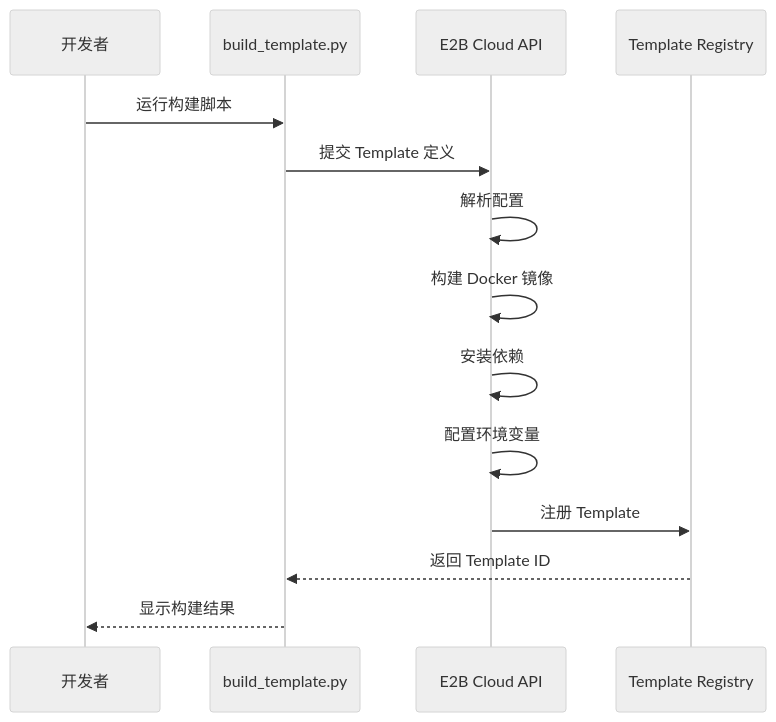
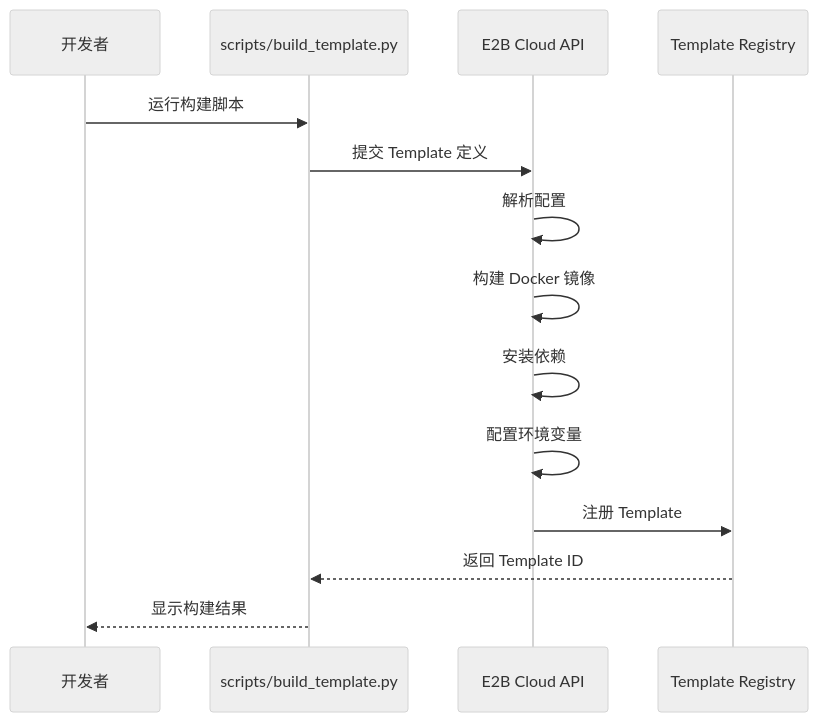
The second of 7 diagrams in docs/tech/architecture.md (xiaodong528/Genie), drawn with Mermaid (neutral theme) before and after one commit. The commit also changed other lines of this file and 7 other files, not shown here.

````diff
--- a/docs/tech/architecture.md
+++ b/docs/tech/architecture.md
@@ -180,17 +181,17 @@
 ```mermaid
 sequenceDiagram
     participant Dev as 开发者
-    participant Script as build_template.py
+    participant Script as scripts/build_template.py
     participant E2B as E2B Cloud API
     participant Registry as Template Registry
 
     Dev->>Script: 运行构建脚本
     Script->>E2B: 提交 Template 定义
     E2B->>E2B: 解析配置
     E2B->>E2B: 构建 Docker 镜像
     E2B->>E2B: 安装依赖
     E2B->>E2B: 配置环境变量
     E2B->>Registry: 注册 Template
     Registry-->>Script: 返回 Template ID
     Script-->>Dev: 显示构建结果
 ```
````
